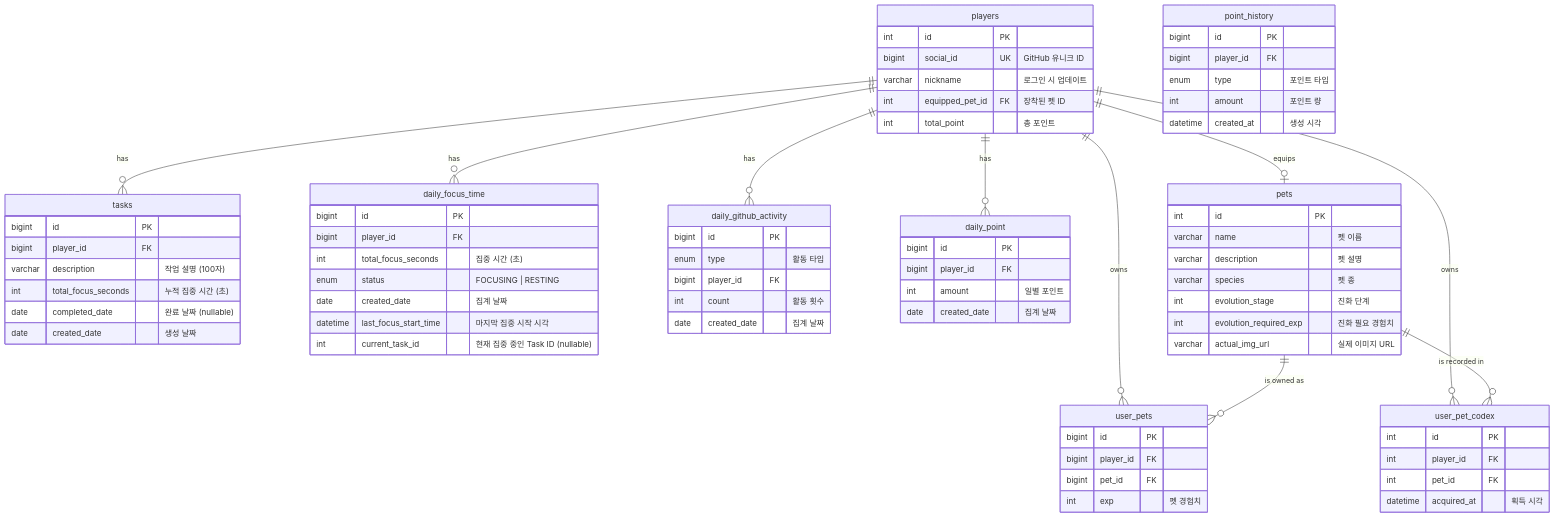
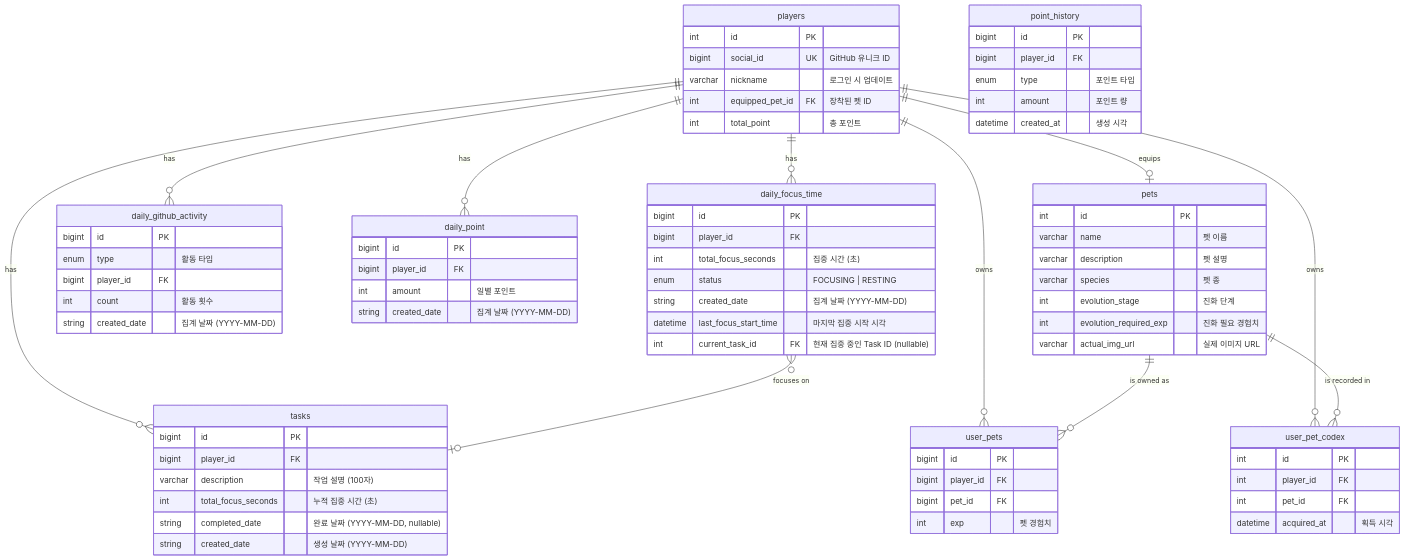
The diagram in docs/guides/ERD.md (boostcampwm2025/web19-estrogenquattro), drawn with Mermaid before and after one commit. The commit also changed other lines of this file, not shown here.

Commit message:
docs: ERD 엔티티 타입 변경 반영 (Date → string)

```diff
--- a/docs/guides/ERD.md
+++ b/docs/guides/ERD.md
@@ -19,6 +19,7 @@
     pets ||--o{ user_pets : "is owned as"
     pets ||--o{ user_pet_codex : "is recorded in"
     players ||--o| pets : "equips"
+    daily_focus_time }o--o| tasks : "focuses on"
 
     players {
         int id PK
@@ -33,8 +34,8 @@
         bigint player_id FK
         varchar description "작업 설명 (100자)"
         int total_focus_seconds "누적 집중 시간 (초)"
-        date completed_date "완료 날짜 (nullable)"
-        date created_date "생성 날짜"
+        string completed_date "완료 날짜 (YYYY-MM-DD, nullable)"
+        string created_date "생성 날짜 (YYYY-MM-DD)"
     }
 
     daily_focus_time {
@@ -42,9 +43,9 @@
         bigint player_id FK
         int total_focus_seconds "집중 시간 (초)"
         enum status "FOCUSING | RESTING"
-        date created_date "집계 날짜"
+        string created_date "집계 날짜 (YYYY-MM-DD)"
         datetime last_focus_start_time "마지막 집중 시작 시각"
-        int current_task_id "현재 집중 중인 Task ID (nullable)"
+        int current_task_id FK "현재 집중 중인 Task ID (nullable)"
     }
 
     pets {
@@ -69,14 +70,14 @@
         enum type "활동 타입"
         bigint player_id FK
         int count "활동 횟수"
-        date created_date "집계 날짜"
+        string created_date "집계 날짜 (YYYY-MM-DD)"
     }
 
     daily_point {
         bigint id PK
         bigint player_id FK
         int amount "일별 포인트"
-        date created_date "집계 날짜"
+        string created_date "집계 날짜 (YYYY-MM-DD)"
     }
 
     point_history {
```
